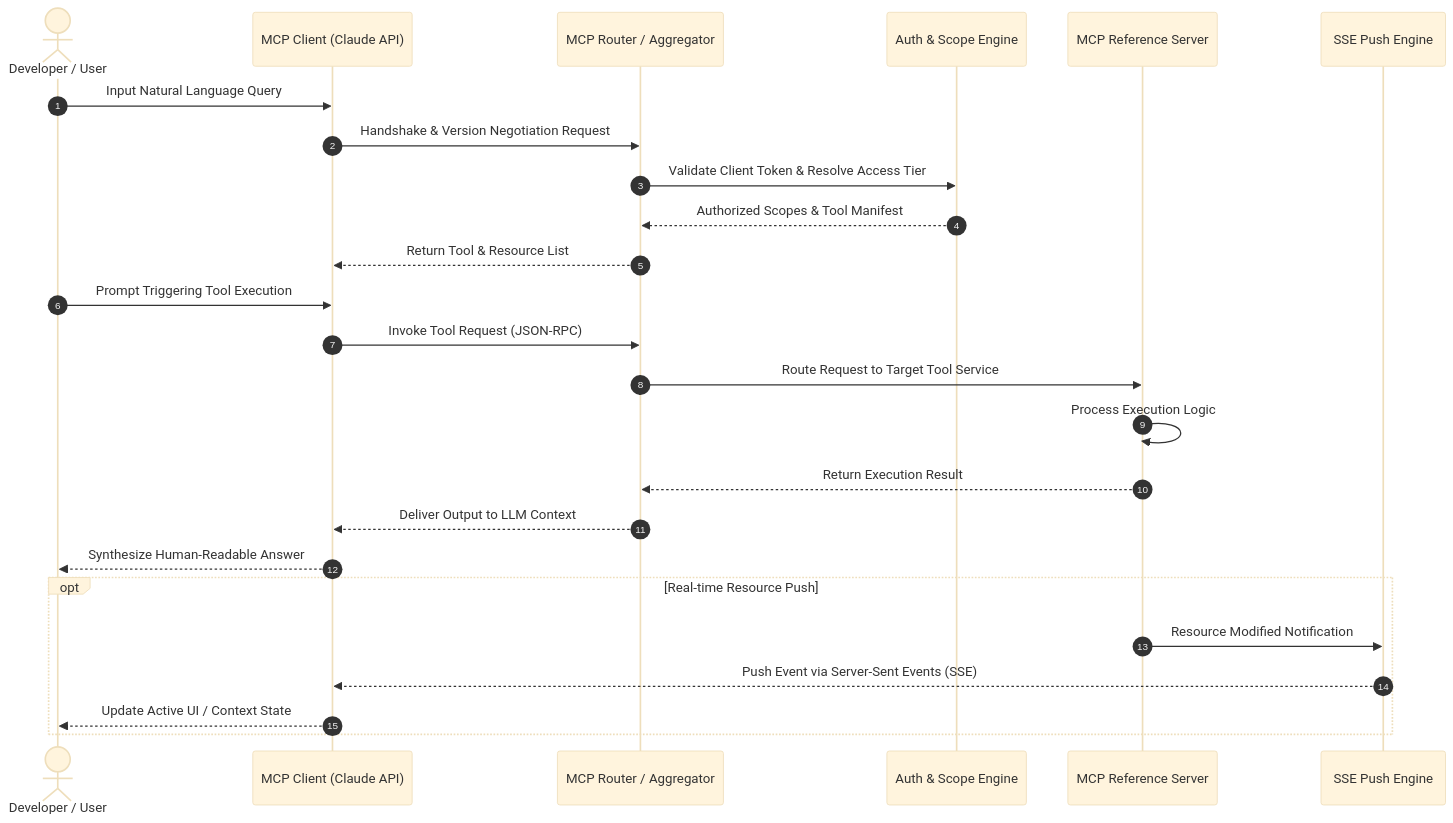
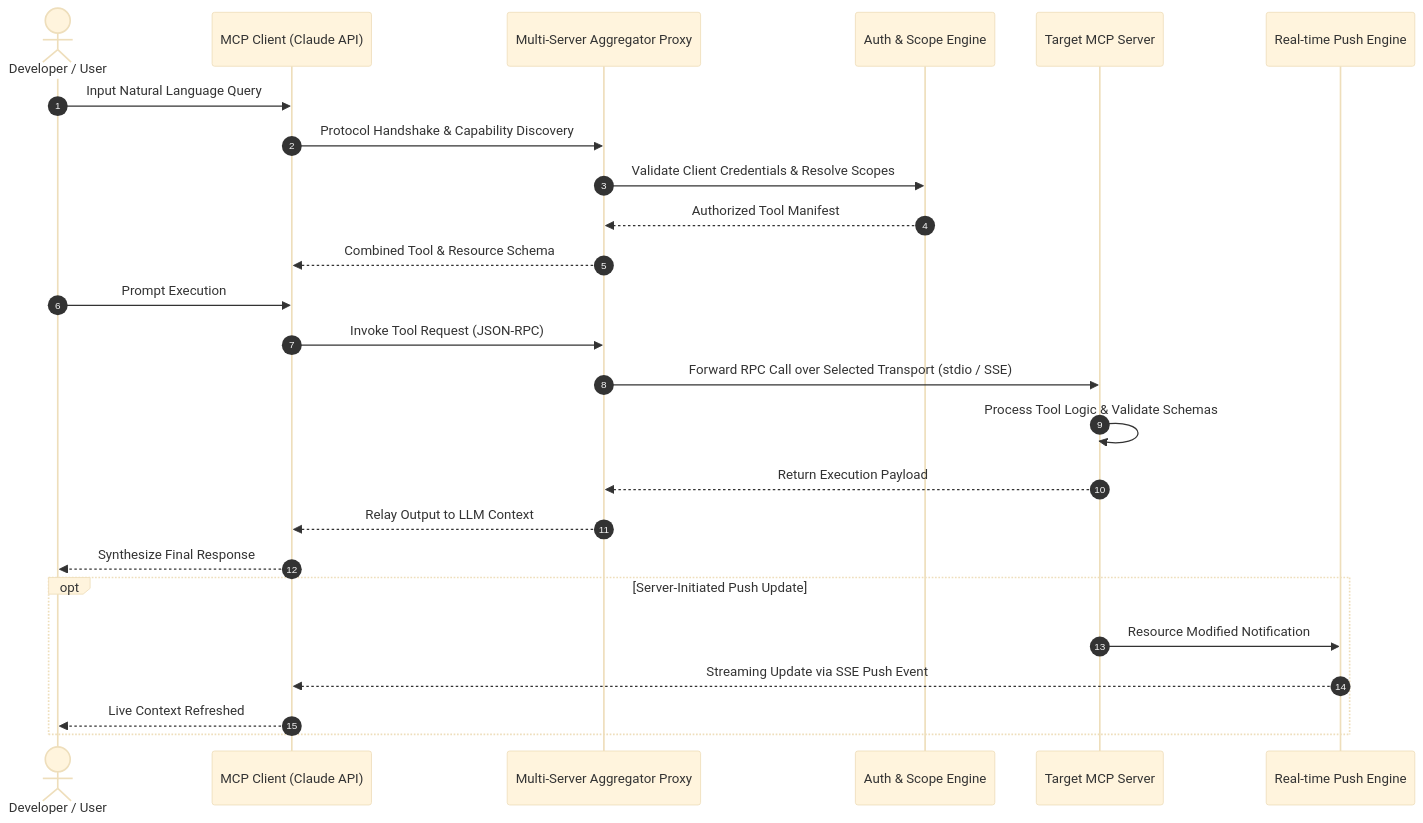
One commit to SurbhiAgarwal1/OJT--2ndyr--Gen-AI changed the second of 2 diagrams in README.md. Above: the diagram before and after it, drawn with Mermaid (base theme). The commit also changed other lines of this file and 1 other file, not shown here.

Commit message:
docs: update README with official Agent-to-Agent (MCP) OJT specification & 12-week roadmap

````diff
--- a/README.md
+++ b/README.md
@@ -84,30 +90,30 @@
 ```mermaid
 sequenceDiagram
     autonumber
     actor User as Developer / User
     participant Client as MCP Client (Claude API)
-    participant Router as MCP Router / Aggregator
+    participant Aggregator as Multi-Server Aggregator Proxy
     participant Auth as Auth & Scope Engine
-    participant Server as MCP Reference Server
-    participant SSE as SSE Push Engine
+    participant Server as Target MCP Server
+    participant SSE as Real-time Push Engine
 
     User->>Client: Input Natural Language Query
-    Client->>Router: Handshake & Version Negotiation Request
-    Router->>Auth: Validate Client Token & Resolve Access Tier
-    Auth-->>Router: Authorized Scopes & Tool Manifest
-    Router-->>Client: Return Tool & Resource List
+    Client->>Aggregator: Protocol Handshake & Capability Discovery
+    Aggregator->>Auth: Validate Client Credentials & Resolve Scopes
+    Auth-->>Aggregator: Authorized Tool Manifest
+    Aggregator-->>Client: Combined Tool & Resource Schema
     
-    User->>Client: Prompt Triggering Tool Execution
-    Client->>Router: Invoke Tool Request (JSON-RPC)
-    Router->>Server: Route Request to Target Tool Service
-    Server->>Server: Process Execution Logic
-    Server-->>Router: Return Execution Result
-    Router-->>Client: Deliver Output to LLM Context
-    Client-->>User: Synthesize Human-Readable Answer
+    User->>Client: Prompt Execution
+    Client->>Aggregator: Invoke Tool Request (JSON-RPC)
+    Aggregator->>Server: Forward RPC Call over Selected Transport (stdio / SSE)
+    Server->>Server: Process Tool Logic & Validate Schemas
+    Server-->>Aggregator: Return Execution Payload
+    Aggregator-->>Client: Relay Output to LLM Context
+    Client-->>User: Synthesize Final Response
 
-    opt Real-time Resource Push
+    opt Server-Initiated Push Update
         Server->>SSE: Resource Modified Notification
-        SSE-->>Client: Push Event via Server-Sent Events (SSE)
-        Client-->>User: Update Active UI / Context State
+        SSE-->>Client: Streaming Update via SSE Push Event
+        Client-->>User: Live Context Refreshed
     end
 ```
````
